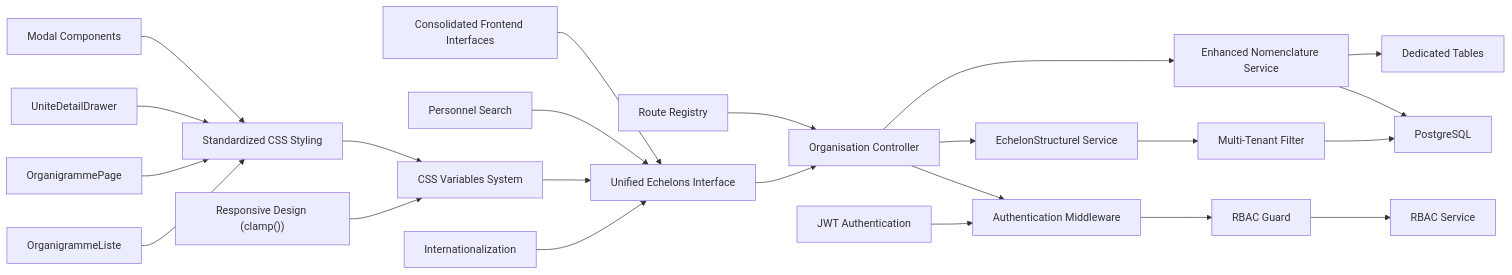
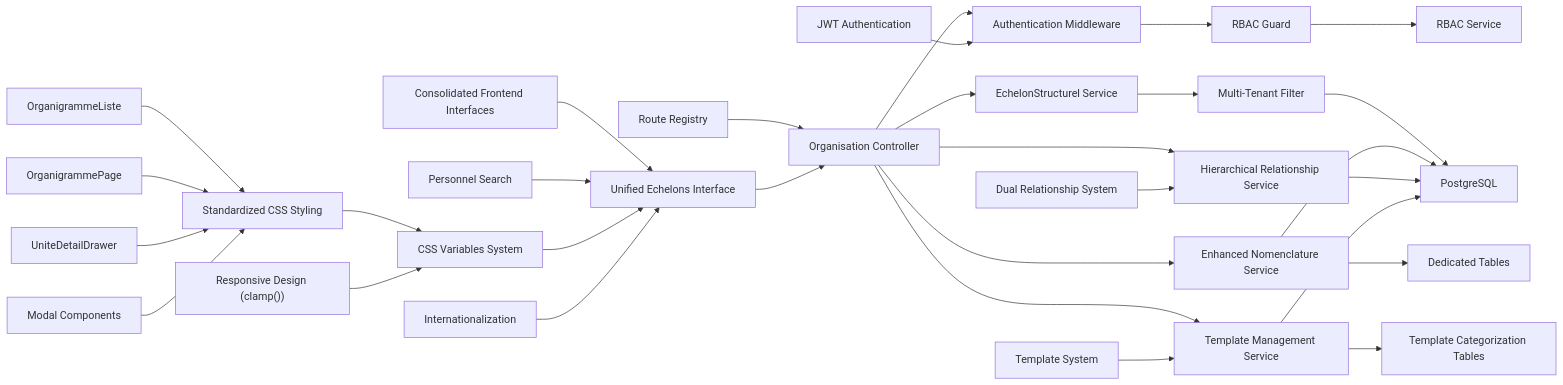
One commit to franckylab/eLISAschool changed diagram 12 of 12 in .qoder/repowiki/en/content/Human Resources Management/Personnel Administration/Organizational Structure.md. Above: the diagram before and after it, drawn with Mermaid. The commit also changed other lines of this file and 21 other files, not shown here.

````diff
--- a/.qoder/repowiki/en/content/Human Resources Management/Personnel Administration/Organizational Structure.md
+++ b/.qoder/repowiki/en/content/Human Resources Management/Personnel Administration/Organizational Structure.md
@@ -638,25 +830,32 @@
 ```mermaid
 graph LR
 Route["Route Registry"] --> OrgCtrl["Organisation Controller"]
 OrgCtrl --> Auth["Authentication Middleware"]
 Auth --> RbacGuard["RBAC Guard"]
 RbacGuard --> RbacSvc["RBAC Service"]
 OrgCtrl --> EchelonSvc["EchelonStructurel Service"]
 OrgCtrl --> NomenclatureSvc["Enhanced Nomenclature Service"]
+OrgCtrl --> HierarchySvc["Hierarchical Relationship Service"]
+OrgCtrl --> TemplateSvc["Template Management Service"]
 EchelonSvc --> MultiTenant["Multi-Tenant Filter"]
 MultiTenant --> DB["PostgreSQL"]
 NomenclatureSvc --> DB
 NomenclatureSvc --> NomenclatureTables["Dedicated Tables"]
+HierarchySvc --> DB
+TemplateSvc --> DB
+TemplateSvc --> TemplateTables["Template Categorization Tables"]
 Frontend["Consolidated Frontend Interfaces"] --> UnifiedInterface["Unified Echelons Interface"]
 UnifiedInterface --> OrgCtrl
 PersonnelSearch["Personnel Search"] --> UnifiedInterface
 CSSVariables["CSS Variables System"] --> UnifiedInterface
 I18nSupport["Internationalization"] --> UnifiedInterface
 JWT["JWT Authentication"] --> Auth
 StandardizedStyling["Standardized CSS Styling"] --> CSSVariables
 ResponsiveDesign["Responsive Design (clamp())"] --> CSSVariables
 OrganigrammeListe["OrganigrammeListe"] --> StandardizedStyling
 OrganigrammePage["OrganigrammePage"] --> StandardizedStyling
 UniteDetailDrawer["UniteDetailDrawer"] --> StandardizedStyling
 ModalComponents["Modal Components"] --> StandardizedStyling
+DualRelationship["Dual Relationship System"] --> HierarchySvc
+TemplateSystem["Template System"] --> TemplateSvc
 ```
````
